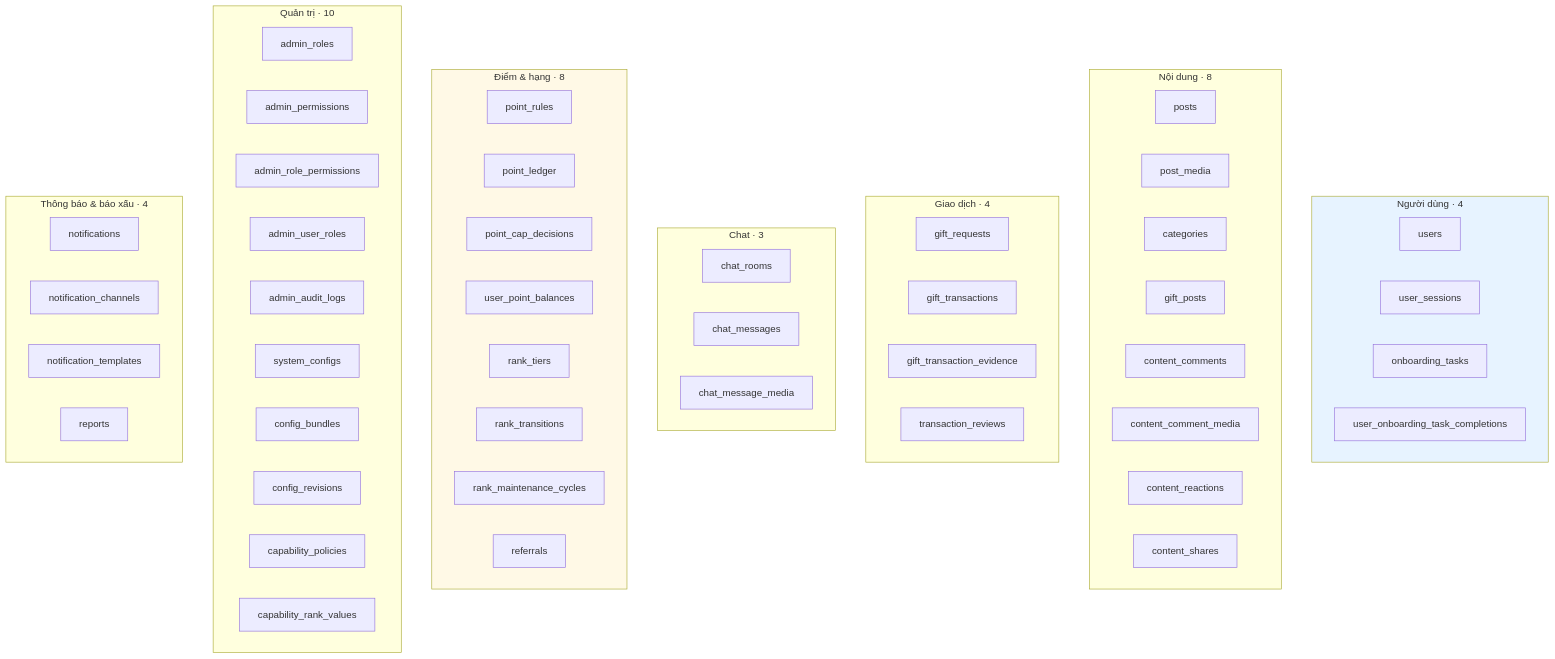
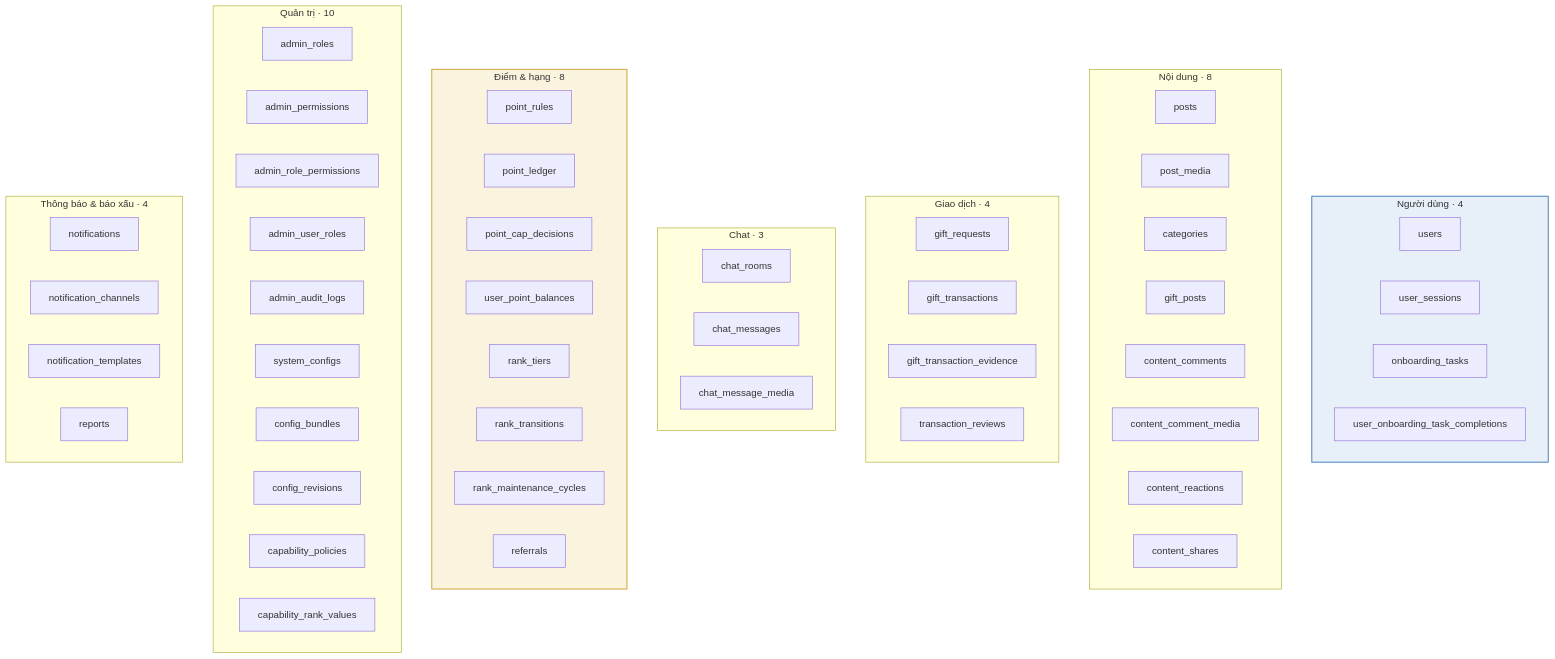
The first of 4 diagrams in docs/diagram/27-database.md (fdshn/trueheart), drawn with Mermaid before and after one commit. The commit also changed other lines of this file and 30 other files, not shown here.

First line of the commit message:
docs(diagram): chữ trong khối tô màu đọc được ở cả giao diện sáng và tối

````diff
--- a/docs/diagram/27-database.md
+++ b/docs/diagram/27-database.md
@@ -9,61 +9,61 @@
 ```mermaid
 flowchart TB
     subgraph U["Người dùng · 4"]
         U1[users]
         U2[user_sessions]
         U3[onboarding_tasks]
         U4[user_onboarding_task_completions]
     end
     subgraph P["Nội dung · 8"]
         P1[posts]
         P2[post_media]
         P3[categories]
         P4[gift_posts]
         P5[content_comments]
         P6[content_comment_media]
         P7[content_reactions]
         P8[content_shares]
     end
     subgraph T["Giao dịch · 4"]
         T1[gift_requests]
         T2[gift_transactions]
         T3[gift_transaction_evidence]
         T4[transaction_reviews]
     end
     subgraph C["Chat · 3"]
         C1[chat_rooms]
         C2[chat_messages]
         C3[chat_message_media]
     end
     subgraph PT["Điểm & hạng · 8"]
         PT1[point_rules]
         PT2[point_ledger]
         PT3[point_cap_decisions]
         PT4[user_point_balances]
         PT5[rank_tiers]
         PT6[rank_transitions]
         PT7[rank_maintenance_cycles]
         PT8[referrals]
     end
     subgraph A["Quản trị · 10"]
         A1[admin_roles]
         A2[admin_permissions]
         A3[admin_role_permissions]
         A4[admin_user_roles]
         A5[admin_audit_logs]
         A6[system_configs]
         A7[config_bundles]
         A8[config_revisions]
         A9[capability_policies]
         A10[capability_rank_values]
     end
     subgraph N["Thông báo & báo xấu · 4"]
         N1[notifications]
         N2[notification_channels]
         N3[notification_templates]
         N4[reports]
     end
 
-    style U fill:#e7f3ff
-    style PT fill:#fff9e6
+    style U fill:#4682c821,stroke:#3d7ab8,stroke-width:1.5px
+    style PT fill:#dcb42826,stroke:#c9a227,stroke-width:1.5px
 ```
````
